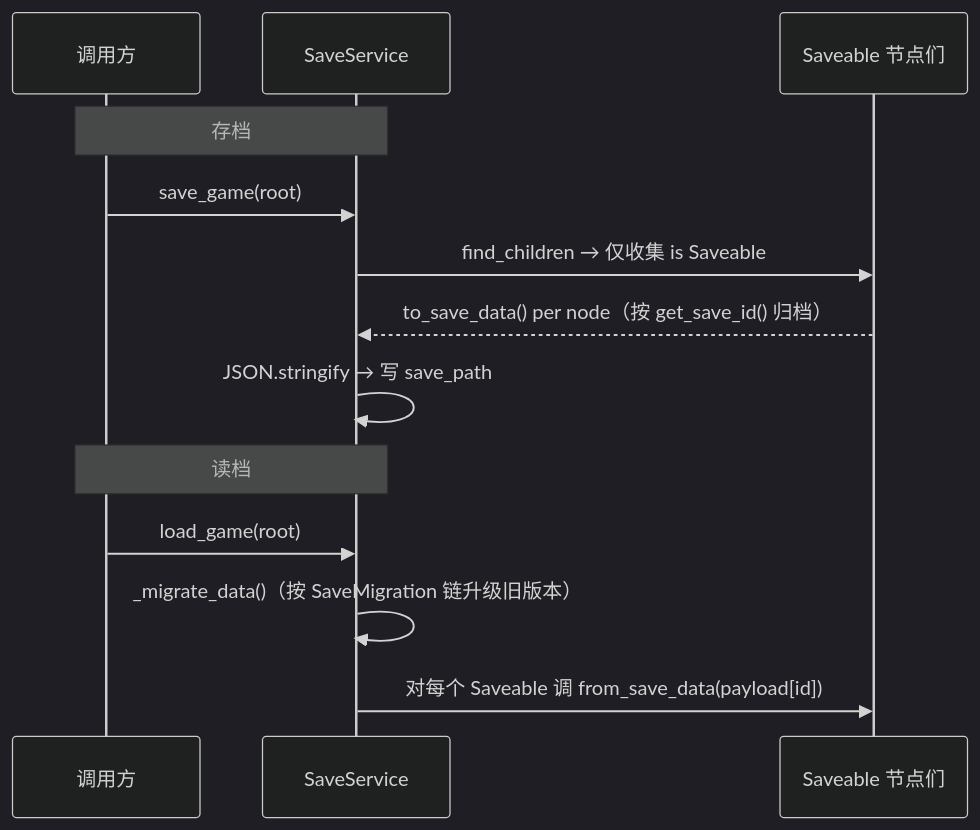
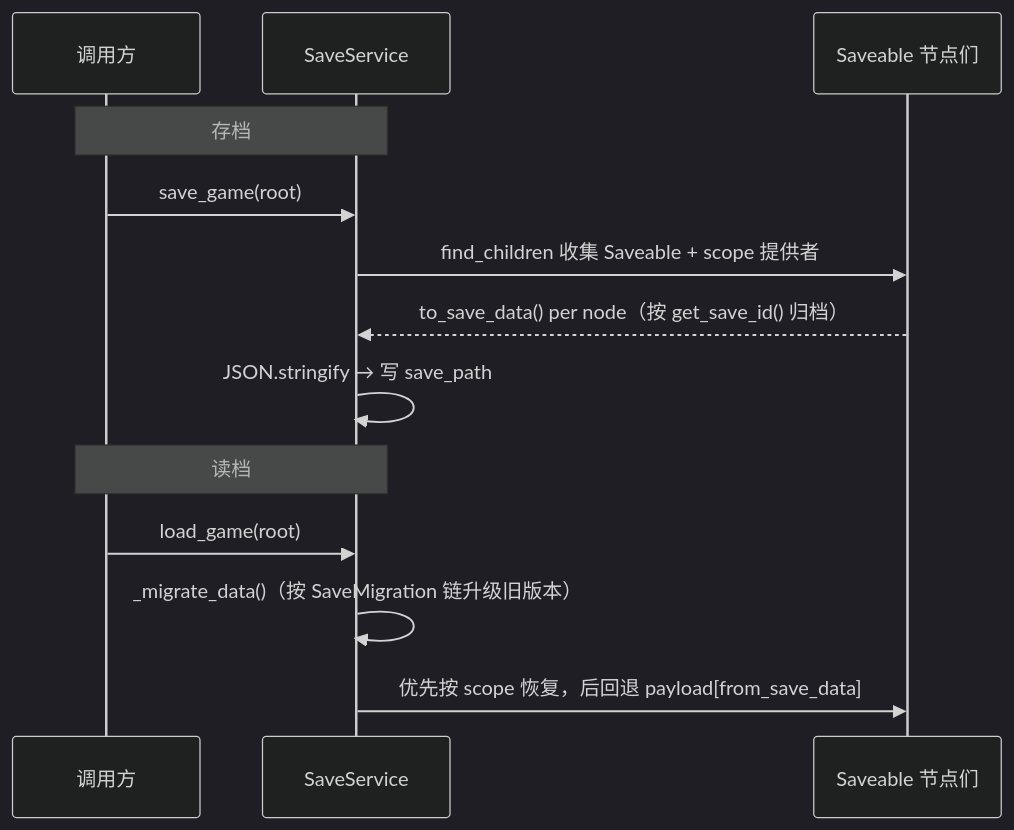
One commit to xiaofeiqiu/mkit changed diagram 13 of 20 in docs/pipeline.md. Above: the diagram before and after it, drawn with Mermaid (dark theme). The commit also changed other lines of this file and 96 other files, not shown here.

````diff
--- a/docs/pipeline.md
+++ b/docs/pipeline.md
@@ -786,17 +786,17 @@
 ```mermaid
 sequenceDiagram
     participant Caller as 调用方
     participant SV as SaveService
     participant N as Saveable 节点们
 
     Note over Caller,SV: 存档
     Caller->>SV: save_game(root)
-    SV->>N: find_children → 仅收集 is Saveable
+    SV->>N: find_children 收集 Saveable + scope 提供者
     N-->>SV: to_save_data() per node（按 get_save_id() 归档）
     SV->>SV: JSON.stringify → 写 save_path
 
     Note over Caller,SV: 读档
     Caller->>SV: load_game(root)
     SV->>SV: _migrate_data()（按 SaveMigration 链升级旧版本）
-    SV->>N: 对每个 Saveable 调 from_save_data(payload[id])
+    SV->>N: 优先按 scope 恢复，后回退 payload[from_save_data]
 ```
````
